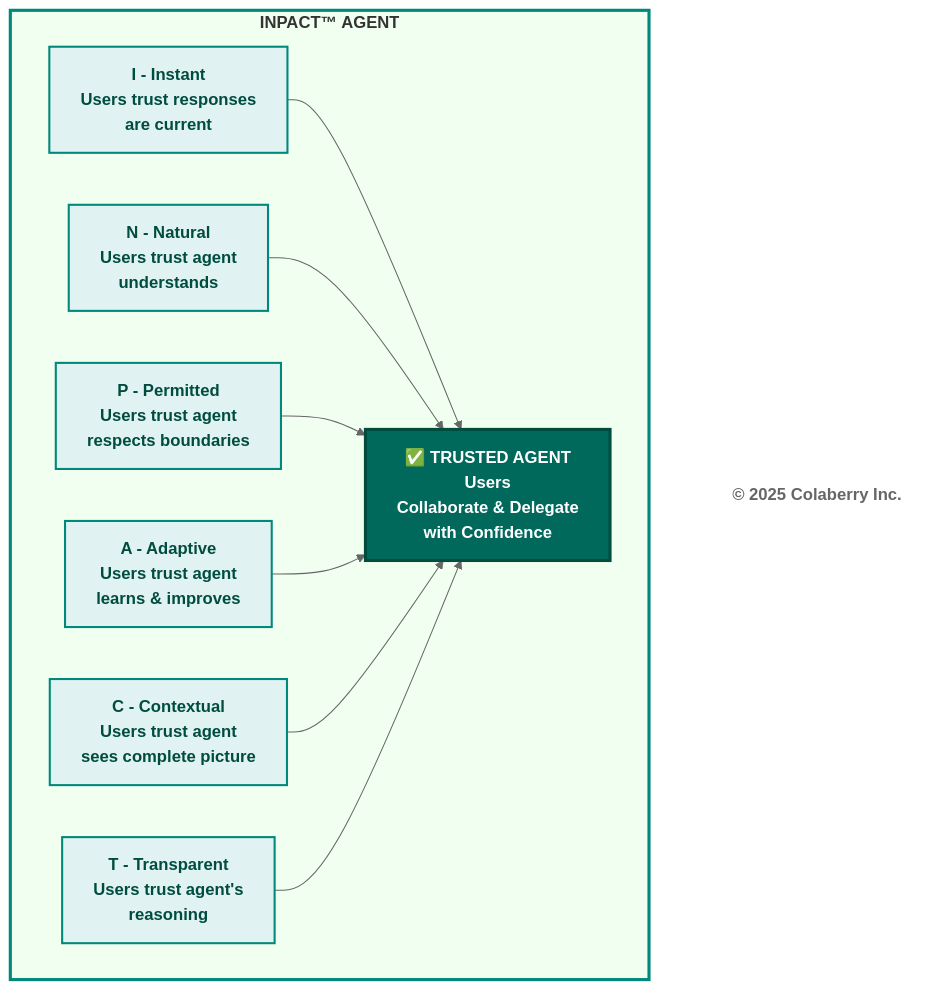
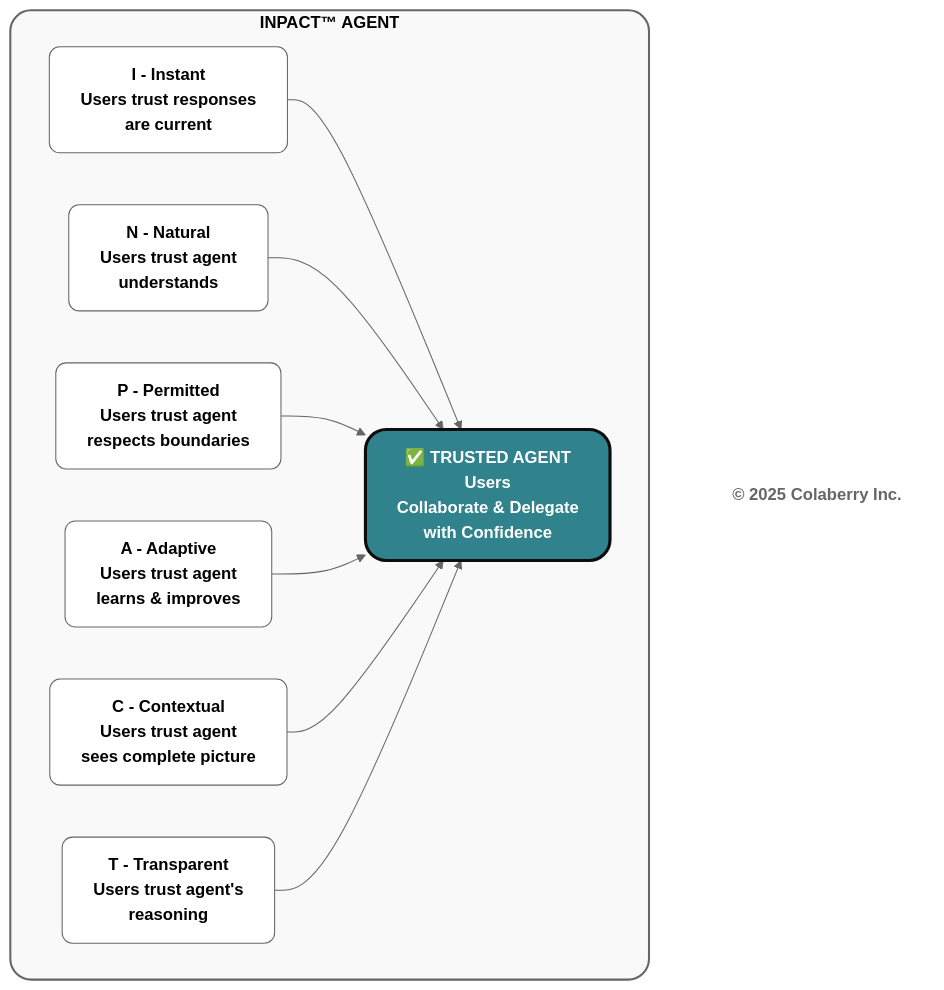
The fourth of 12 diagrams in manuscript/03_chapter_2_inpact_framework.md (saitejesh-cyber/trust-before-intelligence-book), drawn with Mermaid (neutral theme) before and after one commit. The commit also changed other lines of this file, not shown here.

Commit message:
Chapter3: Updated mermaid diagrams based on new colaberry color code

````diff
--- a/manuscript/03_chapter_2_inpact_framework.md
+++ b/manuscript/03_chapter_2_inpact_framework.md
@@ -232,34 +237,38 @@
 ```mermaid
 graph TB
     subgraph BOX["<b>INPACT™ AGENT</b>"]
         I["<b>I - Instant</b><br/><b>Users trust responses<br/> are current</b>"]
         N["<b>N - Natural</b><br/><b>Users trust agent<br/> understands</b>"]
         P["<b>P - Permitted</b><br/><b>Users trust agent<br/> respects boundaries</b>"]
         A["<b>A - Adaptive</b><br/><b>Users trust agent<br/> learns & improves</b>"]
         C["<b>C - Contextual</b><br/><b>Users trust agent<br/> sees complete picture</b>"]
         T["<b>T - Transparent</b><br/><b>Users trust agent's<br/> reasoning</b>"]
         
         TRUST["<b>✅ TRUSTED AGENT</b><br/><b>Users<br/> Collaborate & Delegate<br/> with Confidence</b>"]
         
         I --> TRUST
         N --> TRUST
         P --> TRUST
         A --> TRUST
         C --> TRUST
         T --> TRUST
     end
     
     COPYRIGHT["<b>© 2025 Colaberry Inc.</b>"]
     
-    style BOX fill:#f0fff0,stroke:#00897b,stroke-width:3px
-    style I fill:#e0f2f1,stroke:#00897b,stroke-width:2px,color:#004d40
-    style N fill:#e0f2f1,stroke:#00897b,stroke-width:2px,color:#004d40
-    style P fill:#e0f2f1,stroke:#00897b,stroke-width:2px,color:#004d40
-    style A fill:#e0f2f1,stroke:#00897b,stroke-width:2px,color:#004d40
-    style C fill:#e0f2f1,stroke:#00897b,stroke-width:2px,color:#004d40
-    style T fill:#e0f2f1,stroke:#00897b,stroke-width:2px,color:#004d40
+    %% ⚪ INPACT™ DEFINITION — NEUTRAL
+    style BOX fill:#f9f9f9,stroke:#666666,stroke-width:2px,color:#000000,rx:20,ry:20
     
-    style TRUST fill:#00695c,color:#ffffff,stroke:#004d40,stroke-width:3px
+    style I fill:#ffffff,stroke:#666666,stroke-width:1px,color:#000000,rx:10,ry:10
+    style N fill:#ffffff,stroke:#666666,stroke-width:1px,color:#000000,rx:10,ry:10
+    style P fill:#ffffff,stroke:#666666,stroke-width:1px,color:#000000,rx:10,ry:10
+    style A fill:#ffffff,stroke:#666666,stroke-width:1px,color:#000000,rx:10,ry:10
+    style C fill:#ffffff,stroke:#666666,stroke-width:1px,color:#000000,rx:10,ry:10
+    style T fill:#ffffff,stroke:#666666,stroke-width:1px,color:#000000,rx:10,ry:10
     
-    style COPYRIGHT fill:#ffffff,stroke:none,color:#666666
+    %% 🟢 TRUST — PROVEN OUTCOME
+    style TRUST fill:#30838C,stroke:#0D0D0D,stroke-width:3px,color:#ffffff,rx:20,ry:20
+    
+    %% FOOTER
+    style COPYRIGHT fill:none,stroke:none,color:#666666
 ```
````
